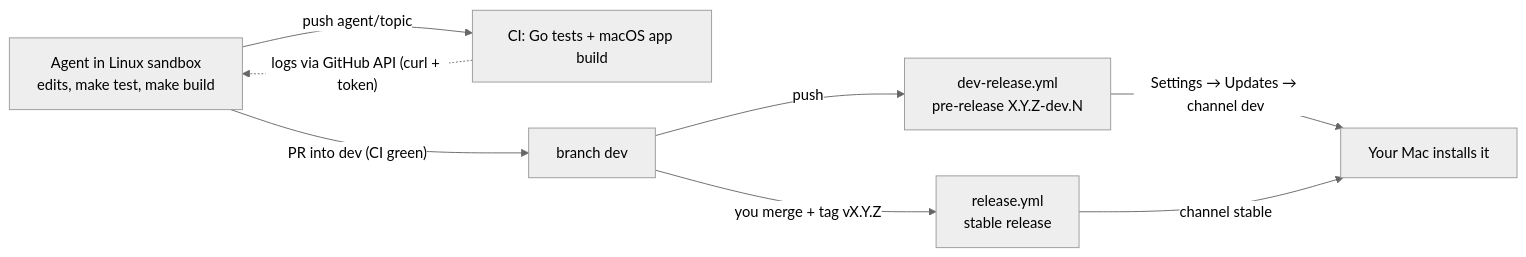
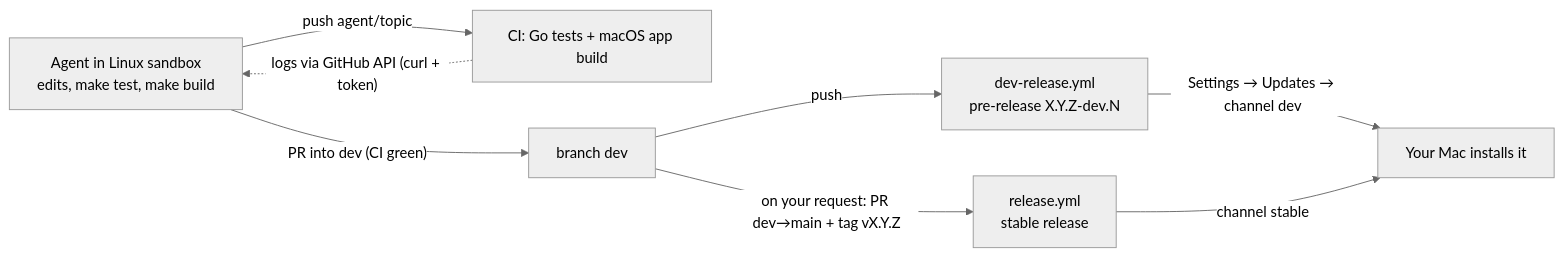
Before and after one commit to DevertNet/bergfried: the diagram in docs/design/develop-in-sandbox.md, drawn with Mermaid (neutral theme). The commit also changed other lines of this file and 11 other files, not shown here.

First line of the commit message:
Docs review: roadmap, README, architecture, security, updates, GitHub, testing and design docs match the current state

````diff
--- a/docs/design/develop-in-sandbox.md
+++ b/docs/design/develop-in-sandbox.md
@@ -8,10 +8,10 @@
 ```mermaid
 flowchart LR
   A["Agent in Linux sandbox<br/>edits, make test, make build"] -->|"push agent/topic"| C1["CI: Go tests + macOS app build"]
   A -->|"PR into dev (CI green)"| D["branch dev"]
   D -->|"push"| R["dev-release.yml<br/>pre-release X.Y.Z-dev.N"]
   R -->|"Settings → Updates → channel dev"| M["Your Mac installs it"]
-  D -->|"you merge + tag vX.Y.Z"| S["release.yml<br/>stable release"]
+  D -->|"on your request: PR dev→main + tag vX.Y.Z"| S["release.yml<br/>stable release"]
   S -->|"channel stable"| M
   C1 -.->|"logs via GitHub API (curl + token)"| A
 ```
````
